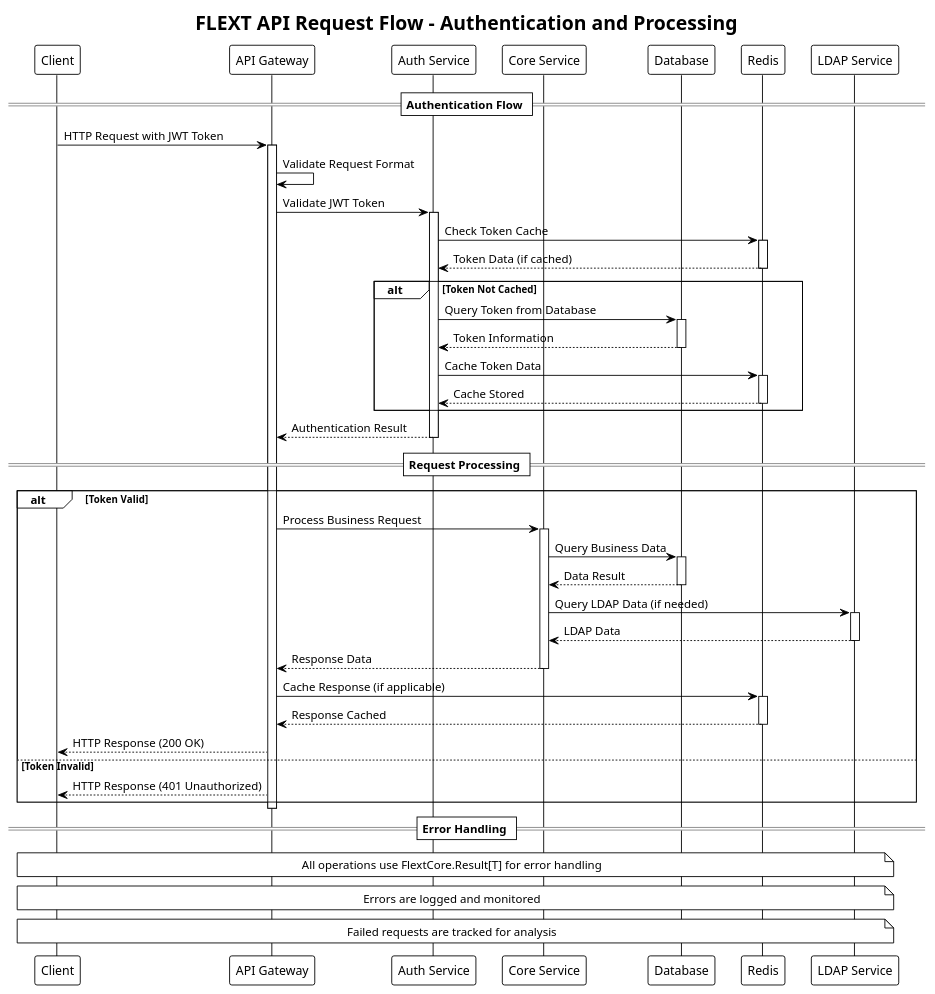
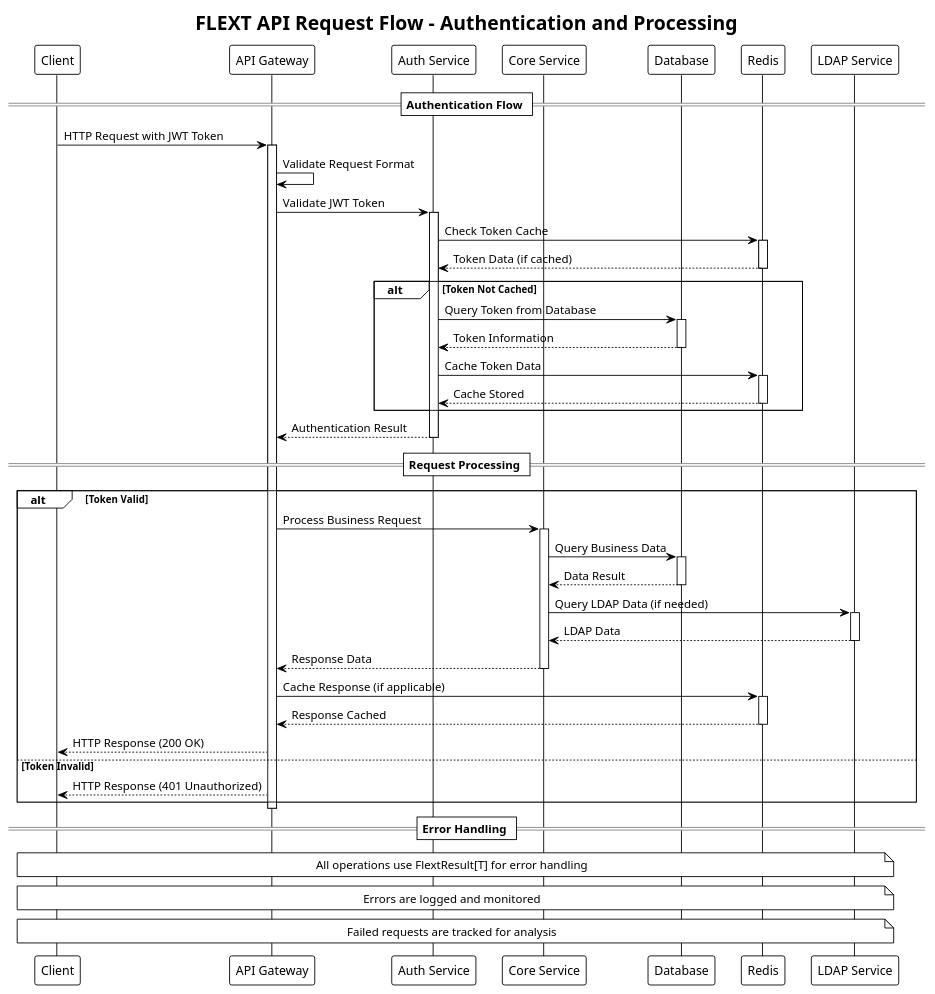
One commit to flext-sh/flext changed the diagram in docs/architecture/plantuml/sequence-diagrams/api-request-flow.puml. Above: the diagram before and after it, drawn with PlantUML. The commit also changed 372 other files, not shown here.

```diff
--- a/docs/architecture/plantuml/sequence-diagrams/api-request-flow.puml
+++ b/docs/architecture/plantuml/sequence-diagrams/api-request-flow.puml
@@ -1,76 +1,76 @@
 @startuml API Request Flow
 !theme plain
 title FLEXT API Request Flow - Authentication and Processing
 
 participant "Client" as C
 participant "API Gateway" as AG
 participant "Auth Service" as AUTH
 participant "Core Service" as CORE
 participant "Database" as DB
 participant "Redis" as REDIS
 participant "LDAP Service" as LDAP
 
 == Authentication Flow ==
 C -> AG: HTTP Request with JWT Token
 activate AG
 
 AG -> AG: Validate Request Format
 AG -> AUTH: Validate JWT Token
 activate AUTH
 
 AUTH -> REDIS: Check Token Cache
 activate REDIS
 REDIS --> AUTH: Token Data (if cached)
 deactivate REDIS
 
 alt Token Not Cached
     AUTH -> DB: Query Token from Database
     activate DB
     DB --> AUTH: Token Information
     deactivate DB
     
     AUTH -> REDIS: Cache Token Data
     activate REDIS
     REDIS --> AUTH: Cache Stored
     deactivate REDIS
 end
 
 AUTH --> AG: Authentication Result
 deactivate AUTH
 
 == Request Processing ==
 alt Token Valid
     AG -> CORE: Process Business Request
     activate CORE
     
     CORE -> DB: Query Business Data
     activate DB
     DB --> CORE: Data Result
     deactivate DB
     
     CORE -> LDAP: Query LDAP Data (if needed)
     activate LDAP
     LDAP --> CORE: LDAP Data
     deactivate LDAP
     
     CORE --> AG: Response Data
     deactivate CORE
     
     AG -> REDIS: Cache Response (if applicable)
     activate REDIS
     REDIS --> AG: Response Cached
     deactivate REDIS
     
     AG --> C: HTTP Response (200 OK)
 else Token Invalid
     AG --> C: HTTP Response (401 Unauthorized)
 end
 
 deactivate AG
 
 == Error Handling ==
-note over C, LDAP: All operations use FlextCore.Result[T] for error handling
+note over C, LDAP: All operations use FlextResult[T] for error handling
 note over C, LDAP: Errors are logged and monitored
 note over C, LDAP: Failed requests are tracked for analysis
 
 @enduml
```
